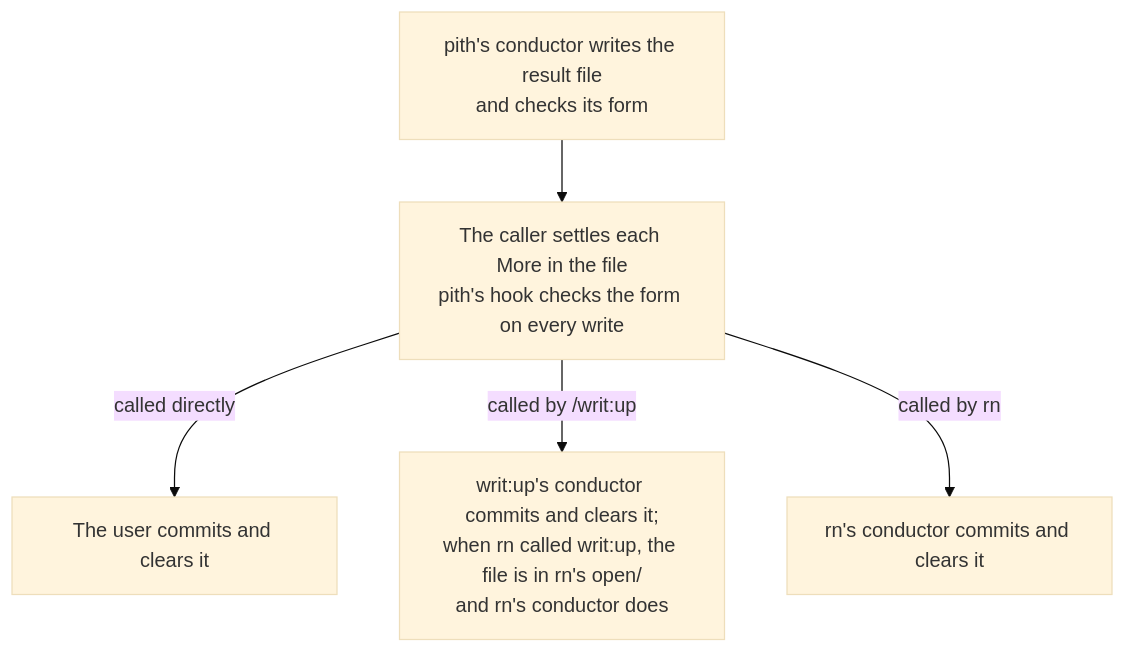
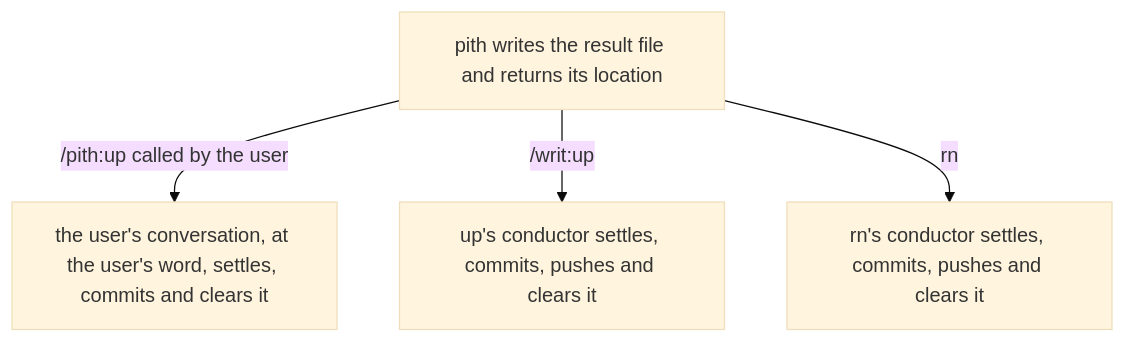
Before and after one commit to lovaizu/ccpm: the fourth of 4 diagrams in pith/docs/design.md, drawn with Mermaid (base theme). The commit also changed other lines of this file and 3 other files, not shown here.

First line of the commit message:
rn: write pith's design and verification documents as a cut-out of writ's design

````diff
--- a/pith/docs/design.md
+++ b/pith/docs/design.md
@@ -290,9 +176,7 @@
 ```mermaid
 flowchart TD
-  P["pith's conductor writes the result file<br/>and checks its form"]
-  S["The caller settles each More in the file<br/>pith's hook checks the form on every write"]
-  P --> S
-  S -->|"called directly"| U["The user commits and clears it"]
-  S -->|"called by /writ:up"| W["writ:up's conductor commits and clears it;<br/>when rn called writ:up, the file is in rn's open/<br/>and rn's conductor does"]
-  S -->|"called by rn"| R["rn's conductor commits and clears it"]
+  P[pith writes the result file and returns its location]
+  P -->|/pith:up called by the user| A[the user's conversation, at the user's word, settles, commits and clears it]
+  P -->|/writ:up| B[up's conductor settles, commits, pushes and clears it]
+  P -->|rn| C[rn's conductor settles, commits, pushes and clears it]
 ```
````
